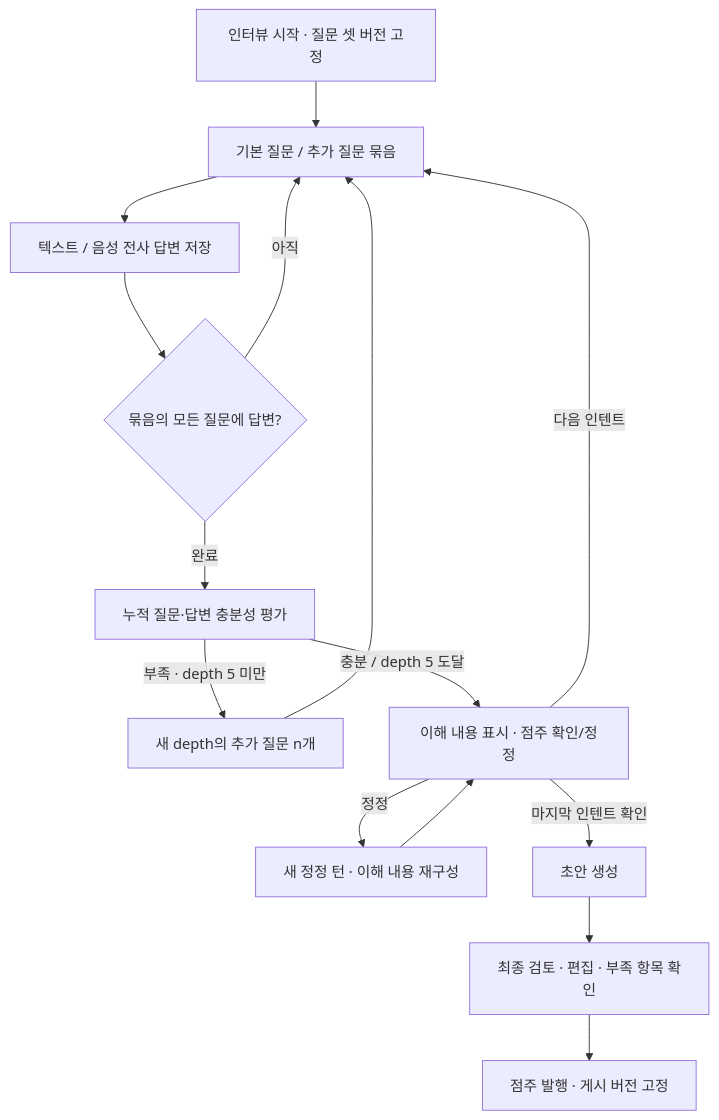
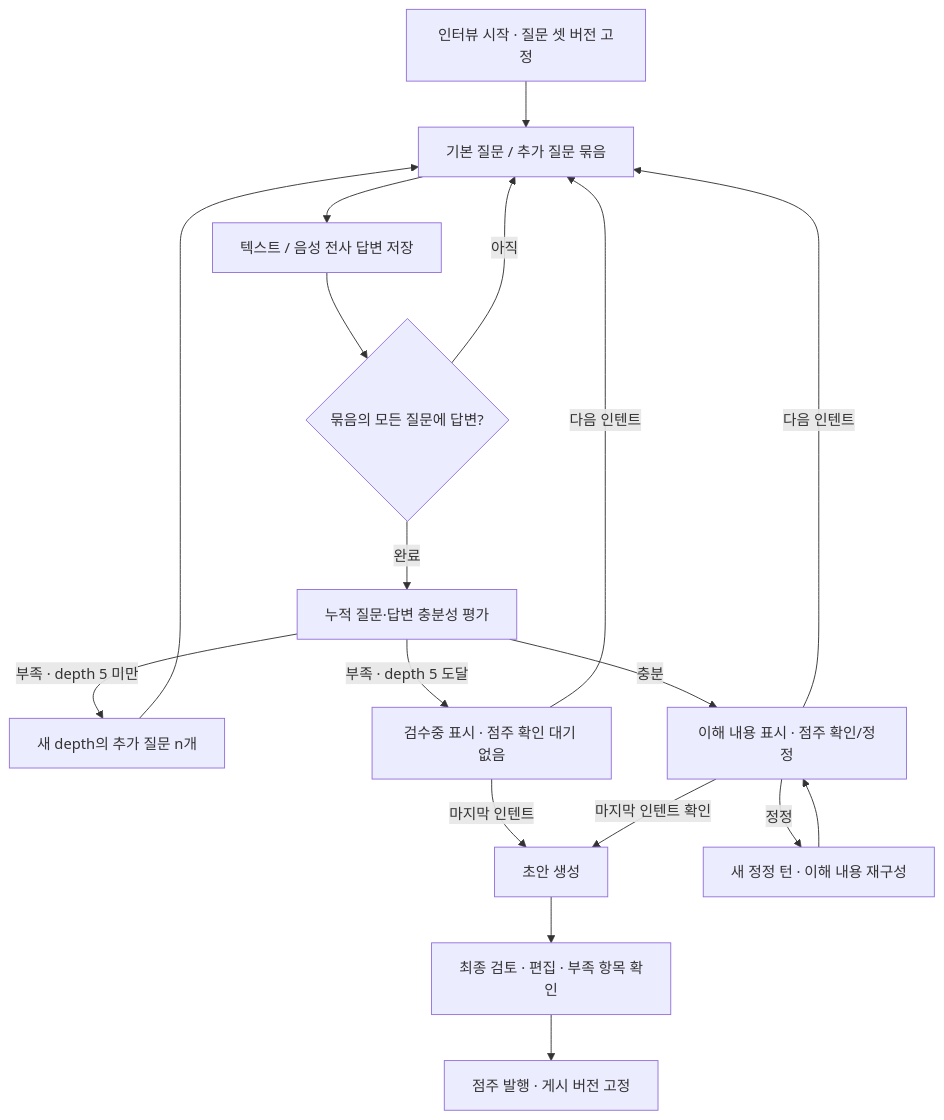
One commit to 2026-KW-HACKATHON/29_Jidan changed the diagram in back-end/docs/manual-interview-design.md. Above: the diagram before and after it, drawn with Mermaid. The commit also changed other lines of this file and 5 other files, not shown here.

````diff
--- a/back-end/docs/manual-interview-design.md
+++ b/back-end/docs/manual-interview-design.md
@@ -13,17 +13,20 @@
 ```mermaid
 flowchart TD
     A[인터뷰 시작 · 질문 셋 버전 고정] --> B[기본 질문 / 추가 질문 묶음]
     B --> C[텍스트 / 음성 전사 답변 저장]
     C --> D{묶음의 모든 질문에 답변?}
     D -->|아직| B
     D -->|완료| E[누적 질문·답변 충분성 평가]
     E -->|부족 · depth 5 미만| F[새 depth의 추가 질문 n개]
     F --> B
-    E -->|충분 / depth 5 도달| G[이해 내용 표시 · 점주 확인/정정]
+    E -->|충분| G[이해 내용 표시 · 점주 확인/정정]
+    E -->|부족 · depth 5 도달| L[검수중 표시 · 점주 확인 대기 없음]
+    L -->|다음 인텐트| B
+    L -->|마지막 인텐트| I
     G -->|정정| H[새 정정 턴 · 이해 내용 재구성]
     H --> G
     G -->|다음 인텐트| B
     G -->|마지막 인텐트 확인| I[초안 생성]
     I --> J[최종 검토 · 편집 · 부족 항목 확인]
     J --> K[점주 발행 · 게시 버전 고정]
 ```
````
